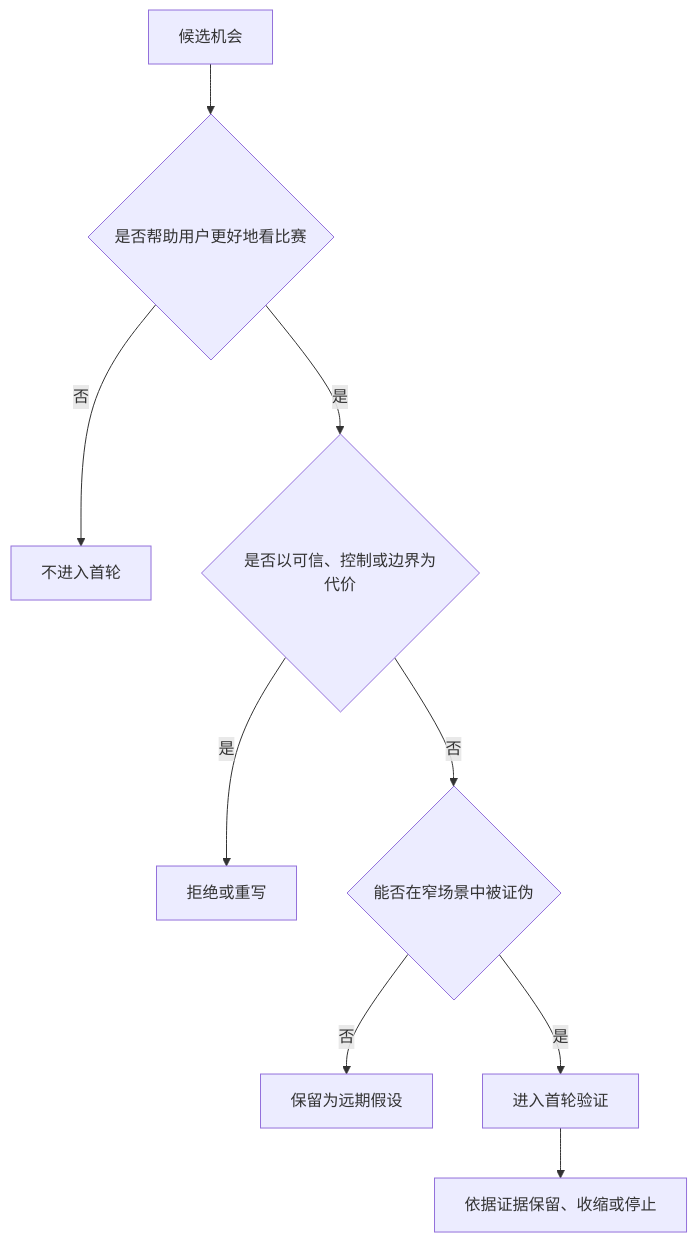
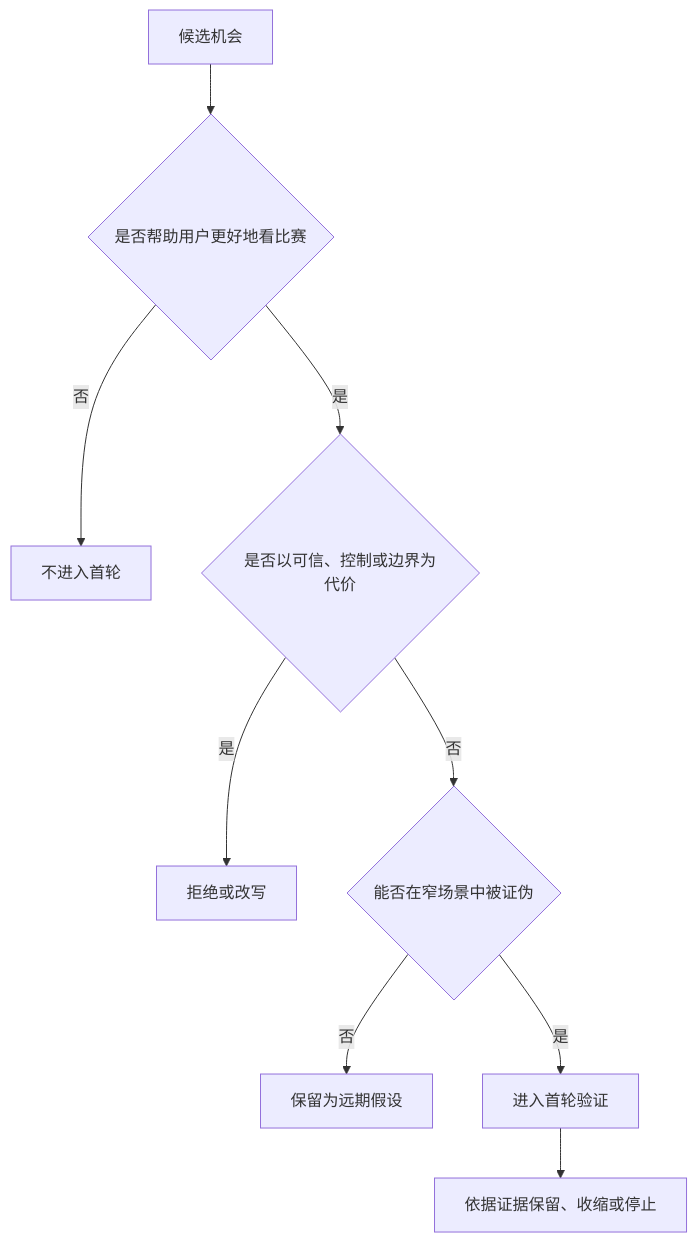
The second of 2 diagrams in docs/球球全套资料/1.市场洞察与战略定位/05-战略定位与非目标.md (weiz98417-crypto/qiuqiu), drawn with Mermaid before and after one commit. The commit also changed other lines of this file and 10 other files, not shown here.

````diff
--- a/docs/球球全套资料/1.市场洞察与战略定位/05-战略定位与非目标.md
+++ b/docs/球球全套资料/1.市场洞察与战略定位/05-战略定位与非目标.md
@@ -393,11 +238,11 @@
 ```mermaid
 flowchart TD
     A[候选机会] --> B{是否帮助用户更好地看比赛}
     B -->|否| X[不进入首轮]
     B -->|是| C{是否以可信、控制或边界为代价}
-    C -->|是| Y[拒绝或重写]
+    C -->|是| Y[拒绝或改写]
     C -->|否| D{能否在窄场景中被证伪}
     D -->|否| Z[保留为远期假设]
     D -->|是| E[进入首轮验证]
     E --> F[依据证据保留、收缩或停止]
 ```
````
